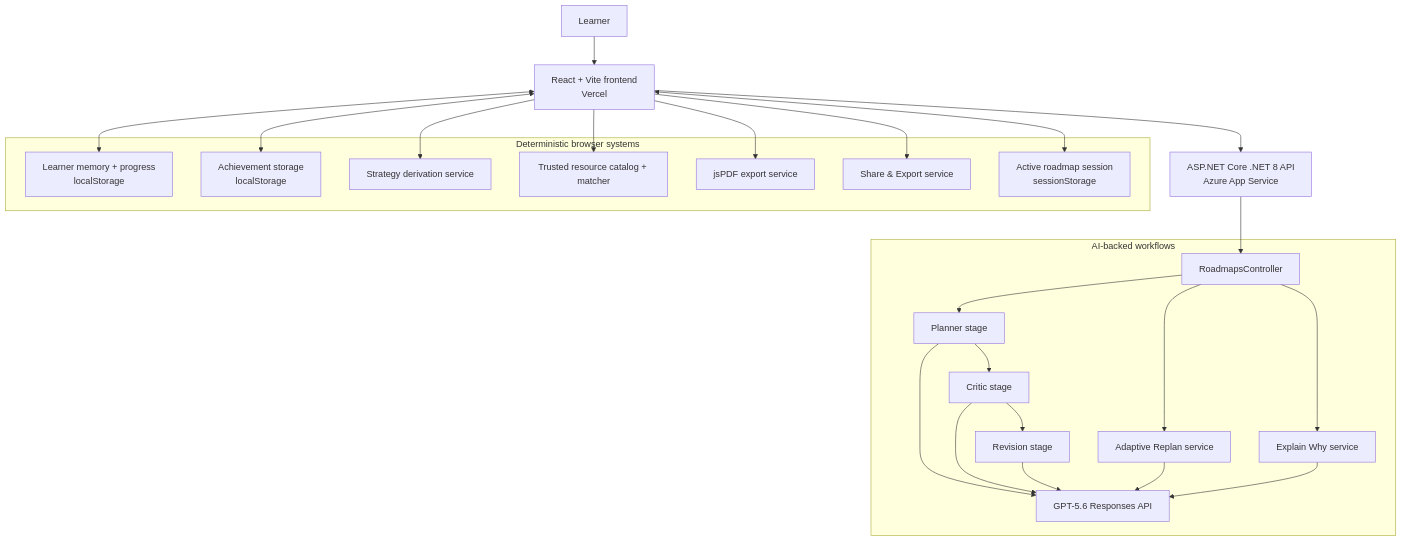
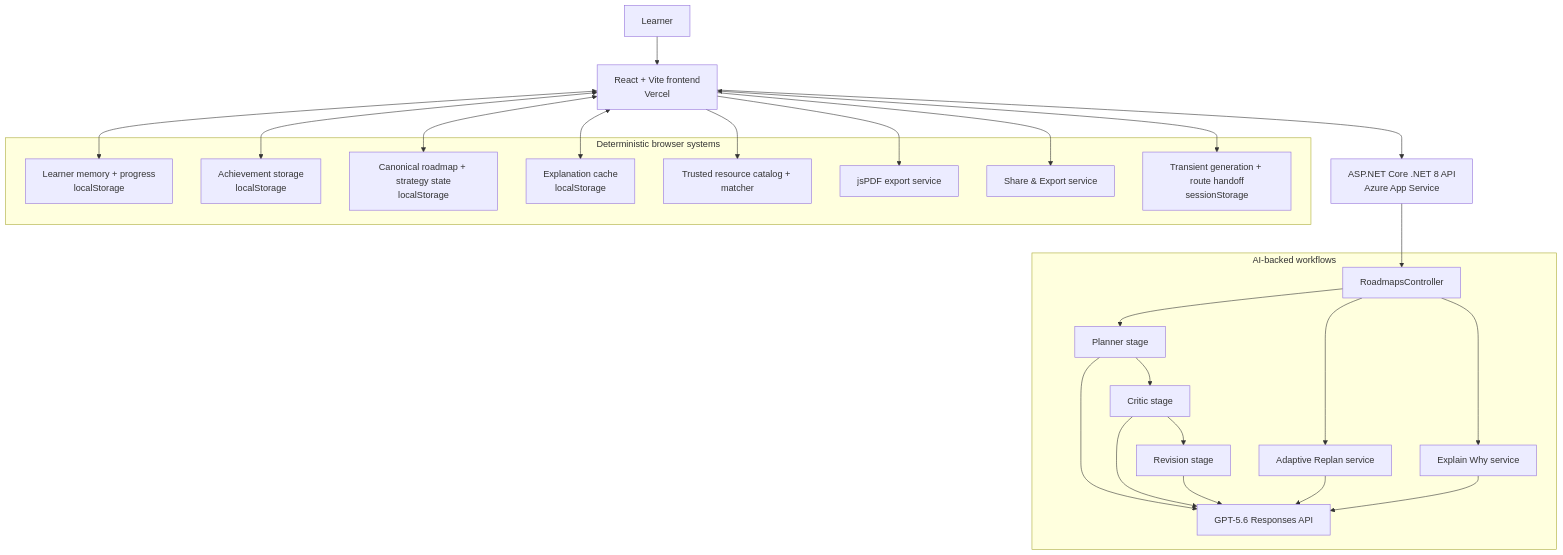
One commit to JasonPG2007/PathPilot-AI changed the second of 4 diagrams in README.md. Above: the diagram before and after it, drawn with Mermaid. The commit also changed other lines of this file, not shown here.

````diff
--- a/README.md
+++ b/README.md
@@ -139,37 +142,39 @@
 ```mermaid
 flowchart TB
     User["Learner"] --> Frontend["React + Vite frontend<br/>Vercel"]
     Frontend --> API["ASP.NET Core .NET 8 API<br/>Azure App Service"]
     API --> Controller["RoadmapsController"]
 
     subgraph AI["AI-backed workflows"]
         Controller --> Planner["Planner stage"]
         Planner --> Critic["Critic stage"]
         Critic --> Revision["Revision stage"]
         Controller --> Replan["Adaptive Replan service"]
         Controller --> Explain["Explain Why service"]
         Planner --> Responses["GPT-5.6 Responses API"]
         Critic --> Responses
         Revision --> Responses
         Replan --> Responses
         Explain --> Responses
     end
 
     subgraph Local["Deterministic browser systems"]
         Memory["Learner memory + progress<br/>localStorage"]
         Achievements["Achievement storage<br/>localStorage"]
-        Strategy["Strategy derivation service"]
+        Strategy["Canonical roadmap + strategy state<br/>localStorage"]
+        Explanations["Explanation cache<br/>localStorage"]
         Resources["Trusted resource catalog + matcher"]
         PDF["jsPDF export service"]
         Share["Share & Export service"]
-        Session["Active roadmap session<br/>sessionStorage"]
+        Session["Transient generation + route handoff<br/>sessionStorage"]
     end
 
     Frontend <--> Memory
     Frontend <--> Achievements
-    Frontend --> Strategy
+    Frontend <--> Strategy
+    Frontend <--> Explanations
     Frontend --> Resources
     Frontend --> PDF
     Frontend --> Share
     Frontend <--> Session
 ```
````
